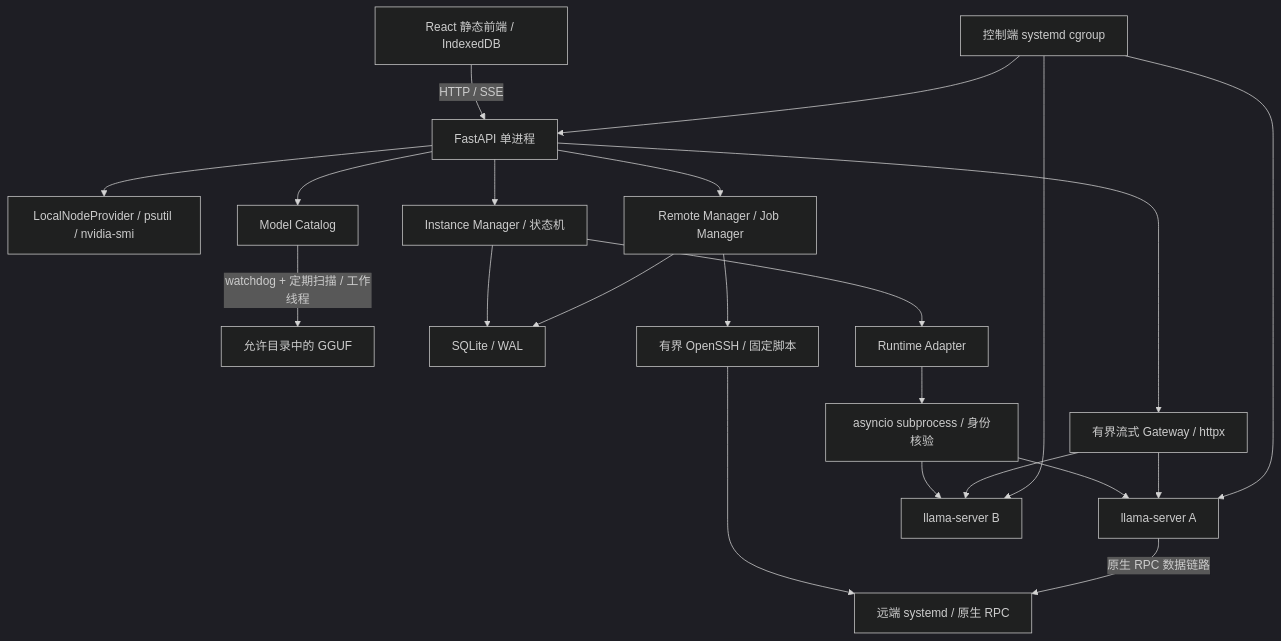
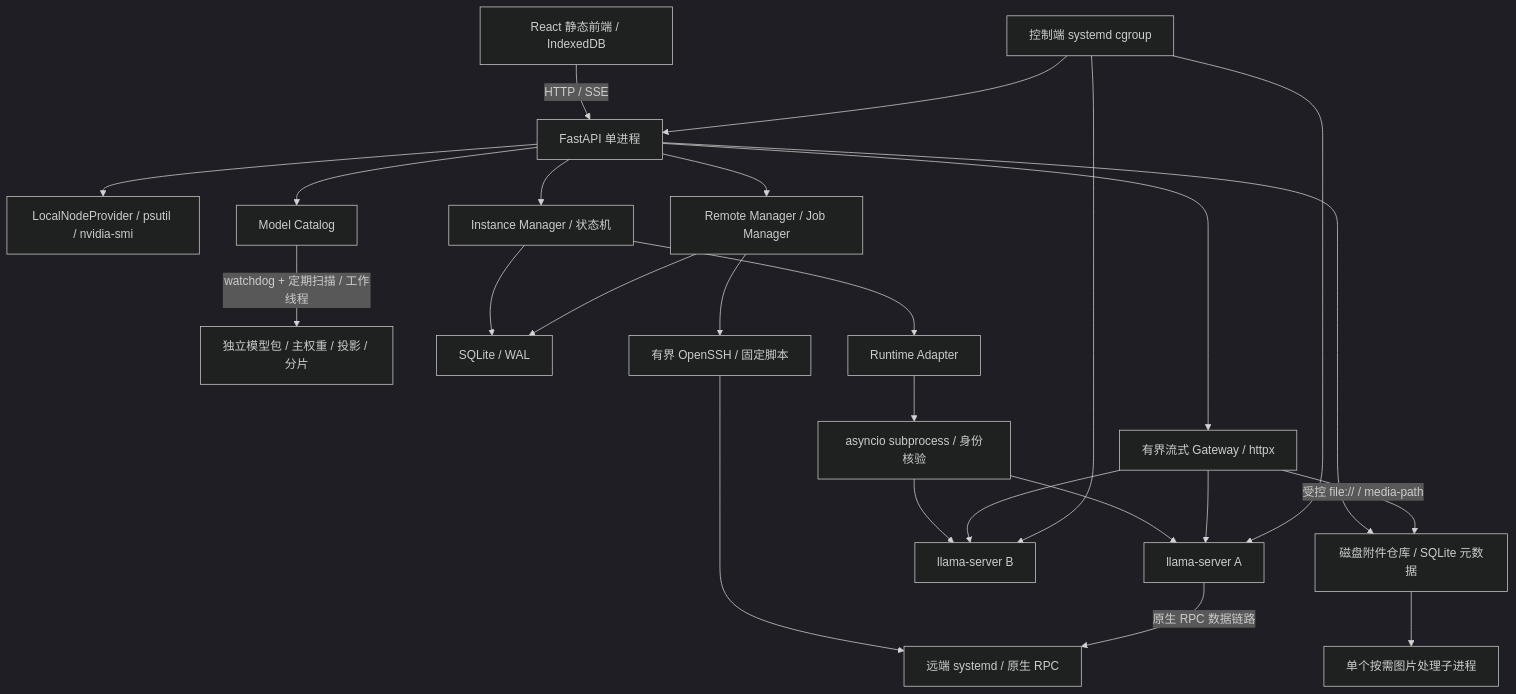
Before and after one commit to zEeZ-1/LLAMA-MANAGER: the diagram in docs/architecture.md, drawn with Mermaid (dark theme). The commit also changed other lines of this file and 65 other files, not shown here.

````diff
--- a/docs/architecture.md
+++ b/docs/architecture.md
@@ -3,24 +3,27 @@
 ```mermaid
 flowchart TB
     Browser[React 静态前端 / IndexedDB] -->|HTTP / SSE| API[FastAPI 单进程]
     API --> Node[LocalNodeProvider / psutil / nvidia-smi]
     API --> Catalog[Model Catalog]
     API --> Manager[Instance Manager / 状态机]
     API --> Gateway[有界流式 Gateway / httpx]
-    Catalog -->|watchdog + 定期扫描 / 工作线程| GGUF[允许目录中的 GGUF]
+    Catalog -->|watchdog + 定期扫描 / 工作线程| GGUF[独立模型包 / 主权重 / 投影 / 分片]
     Manager --> SQLite[SQLite / WAL]
     Manager --> Adapter[Runtime Adapter]
     Adapter --> Supervisor[asyncio subprocess / 身份核验]
     Supervisor --> RuntimeA[llama-server A]
     Supervisor --> RuntimeB[llama-server B]
     Gateway --> RuntimeA
     Gateway --> RuntimeB
+    API --> Media[磁盘附件仓库 / SQLite 元数据]
+    Media --> Worker[单个按需图片处理子进程]
+    Gateway -->|受控 file:// / media-path| Media
     API --> Remote[Remote Manager / Job Manager]
     Remote --> SQLite
     Remote --> SSH[有界 OpenSSH / 固定脚本]
     SSH --> RPC[远端 systemd / 原生 RPC]
     RuntimeA -->|原生 RPC 数据链路| RPC
     Systemd[控制端 systemd cgroup] --> API
     Systemd --> RuntimeA
     Systemd --> RuntimeB
 ```
````
